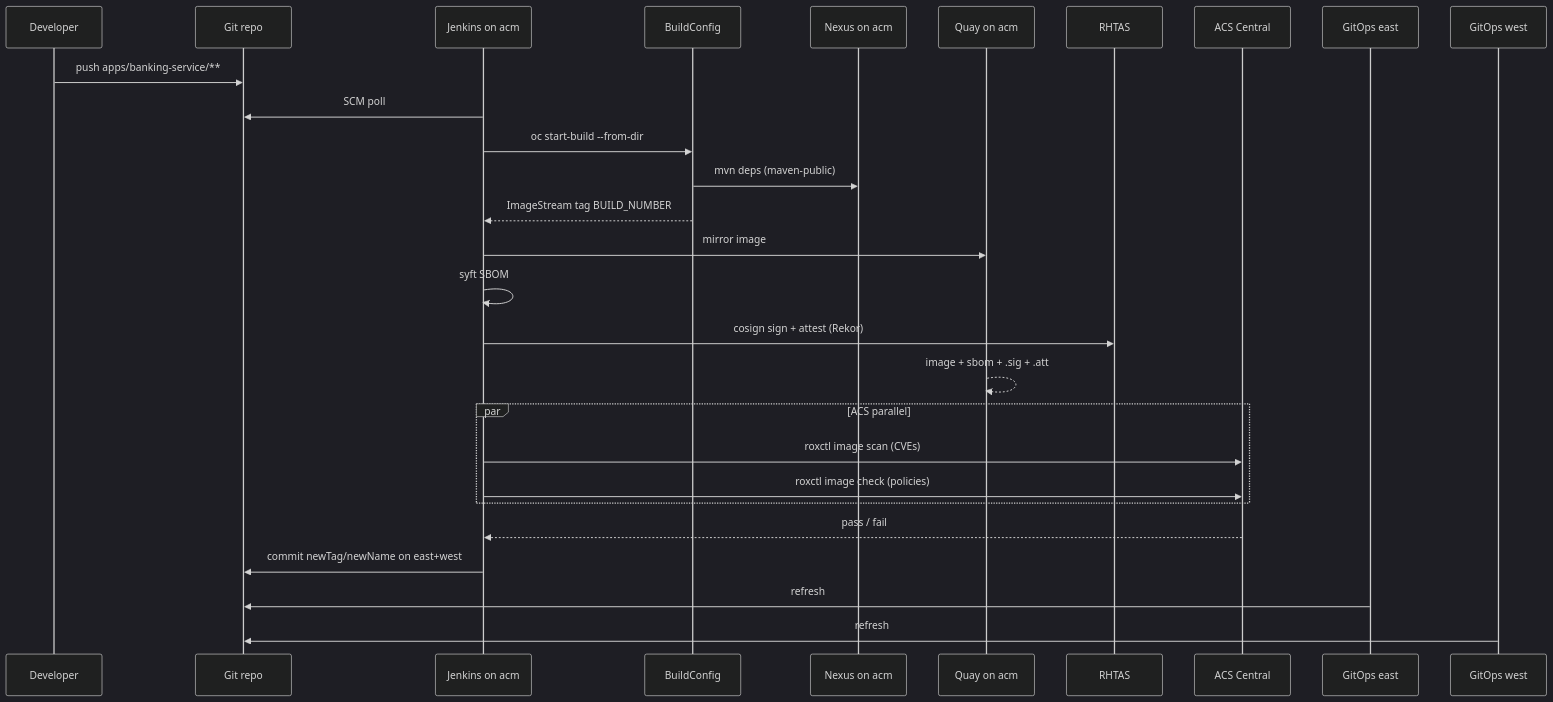
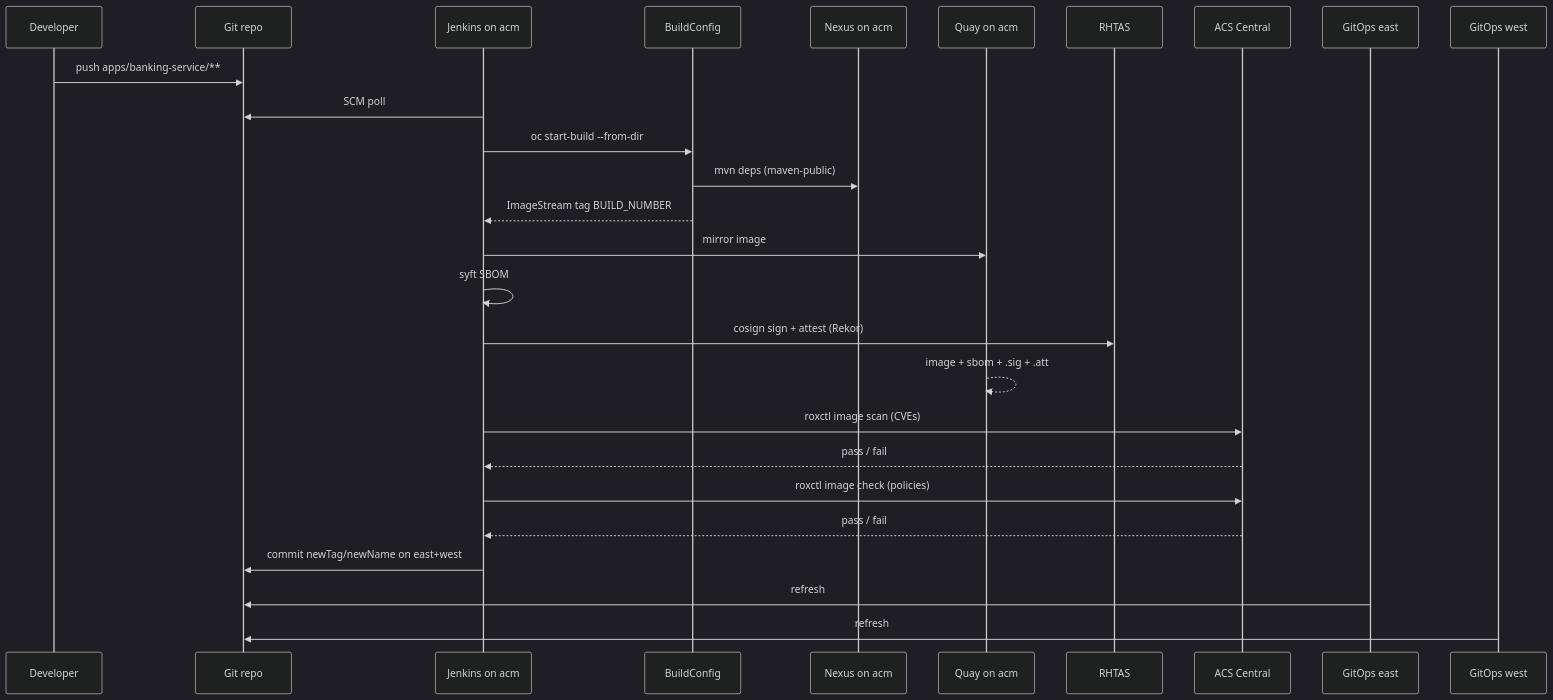
One commit to panchoraposo/demo-spring changed the diagram in docs/ci-cd.md. Above: the diagram before and after it, drawn with Mermaid (dark theme). The commit also changed other lines of this file and 2 other files, not shown here.

First line of the commit message:
Run ACS CVE scan before policy check in series.

````diff
--- a/docs/ci-cd.md
+++ b/docs/ci-cd.md
@@ -63,31 +63,30 @@
 ```mermaid
 sequenceDiagram
   participant Dev as Developer
   participant Git as Git repo
   participant J as Jenkins on acm
   participant BC as BuildConfig
   participant Nexus as Nexus on acm
   participant Quay as Quay on acm
   participant TAS as RHTAS
   participant ACS as ACS Central
   participant ArgoE as GitOps east
   participant ArgoW as GitOps west
 
   Dev->>Git: push apps/banking-service/**
   J->>Git: SCM poll
   J->>BC: oc start-build --from-dir
   BC->>Nexus: mvn deps (maven-public)
   BC-->>J: ImageStream tag BUILD_NUMBER
   J->>Quay: mirror image
   J->>J: syft SBOM
   J->>TAS: cosign sign + attest (Rekor)
   Quay-->>Quay: image + sbom + .sig + .att
-  par ACS parallel
-    J->>ACS: roxctl image scan (CVEs)
-    J->>ACS: roxctl image check (policies)
-  end
+  J->>ACS: roxctl image scan (CVEs)
+  ACS-->>J: pass / fail
+  J->>ACS: roxctl image check (policies)
   ACS-->>J: pass / fail
   J->>Git: commit newTag/newName on east+west
   ArgoE->>Git: refresh
   ArgoW->>Git: refresh
 ```
````
